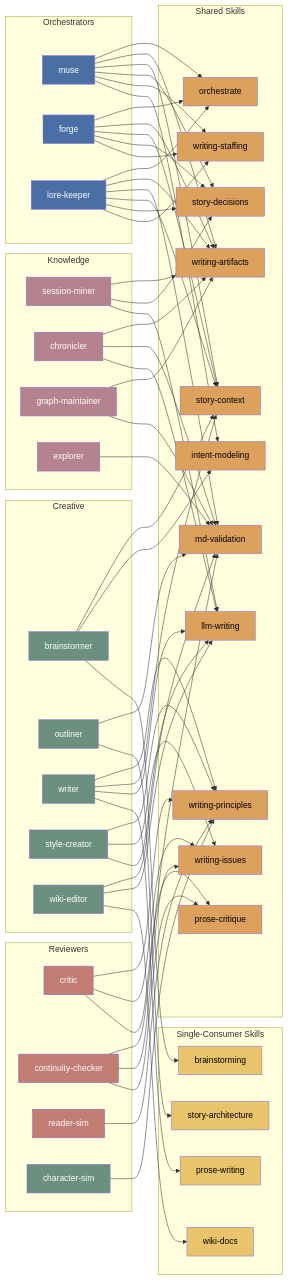
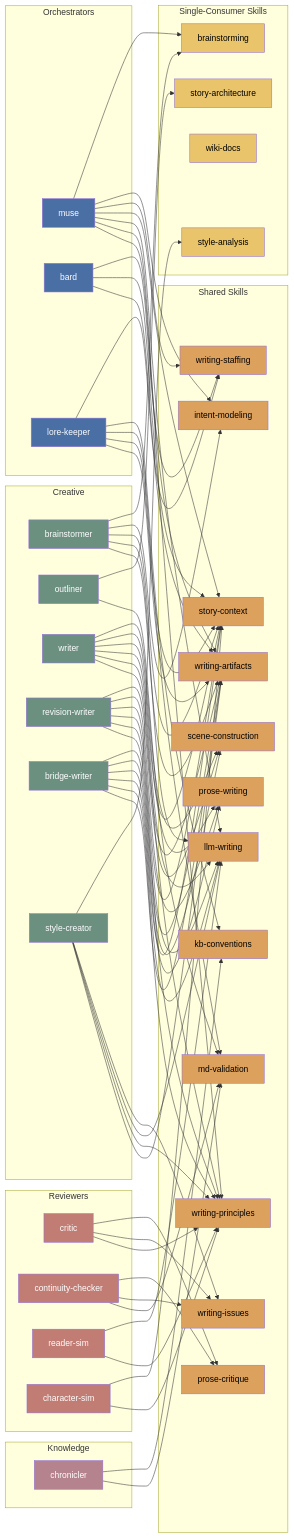
Before and after one commit to haowjy/creative-writing-skills: the second of 4 diagrams in docs/architecture.md, drawn with Mermaid. The commit also changed other lines of this file and 60 other files, not shown here.

First line of the commit message:
Claude Code plugin, architecture fixes, and installation docs

````diff
--- a/docs/architecture.md
+++ b/docs/architecture.md
@@ -46,7 +45,7 @@
 graph LR
     subgraph Orchestrators
         SO[muse]
-        DO[forge]
+        DO[bard]
         KO[lore-keeper]
     end
 
@@ -54,8 +53,9 @@
         BS[brainstormer]
         OL[outliner]
         WR[writer]
+        RW[revision-writer]
+        BW[bridge-writer]
         SC[style-creator]
-        WE[wiki-editor]
     end
 
     subgraph Reviewers
@@ -66,74 +66,89 @@
     end
 
     subgraph Knowledge
-        SM[session-miner]
         CH[chronicler]
-        GM[graph-maintainer]
-        EX[explorer]
     end
 
     subgraph "Shared Skills"
-        OR[orchestrate]
         WA[writing-artifacts]
         MV[md-validation]
         WP[writing-principles]
         SCtx[story-context]
-        SD[story-decisions]
         WS[writing-staffing]
         WI[writing-issues]
         PC[prose-critique]
         IM[intent-modeling]
         LW[llm-writing]
+        PW[prose-writing]
+        SCN[scene-construction]
+        KC[kb-conventions]
     end
 
     subgraph "Single-Consumer Skills"
         BRS[brainstorming]
         SA[story-architecture]
         WD[wiki-docs]
-        PW[prose-writing]
+        STYA[style-analysis]
     end
 
-    %% orchestrate — 3 orchestrators
-    SO --> OR
-    DO --> OR
-    KO --> OR
-
-    %% writing-artifacts — 6 agents
+    %% writing-artifacts — 8 agents
     SO --> WA
     DO --> WA
     KO --> WA
-    CH --> WA
-    GM --> WA
-    SM --> WA
+    BS --> WA
+    WR --> WA
+    RW --> WA
+    BW --> WA
+    SC --> WA
 
-    %% md-validation — 7 agents (from meridian-base)
-    KO --> MV
-    CH --> MV
-    CC --> MV
-    EX --> MV
-    GM --> MV
-    OL --> MV
-    WE --> MV
-
-    %% writing-principles — 5 agents
+    %% writing-principles — 7 agents
+    SO --> WP
     WR --> WP
+    RW --> WP
+    BW --> WP
     CR --> WP
     CS --> WP
     RS --> WP
     SC --> WP
 
-    %% story-context — 5 agents
+    %% llm-writing — 7 agents (from meridian-base)
+    SO --> LW
+    WR --> LW
+    RW --> LW
+    BW --> LW
+    BS --> LW
+    RS --> LW
+    SC --> LW
+
+    %% story-context — 8 agents
     SO --> SCtx
     DO --> SCtx
     KO --> SCtx
     BS --> SCtx
     WR --> SCtx
+    RW --> SCtx
+    BW --> SCtx
+    CS --> SCtx
 
-    %% story-decisions — 4 agents
-    SO --> SD
-    DO --> SD
-    KO --> SD
-    SM --> SD
+    %% prose-writing — 3 agents
+    WR --> PW
+    RW --> PW
+    BW --> PW
+
+    %% scene-construction — 3 agents
+    WR --> SCN
+    RW --> SCN
+    BW --> SCN
+
+    %% md-validation — 3 agents (from meridian-base)
+    KO --> MV
+    CH --> MV
+    OL --> MV
+    CC --> MV
+
+    %% kb-conventions — 2 agents (from meridian-base)
+    KO --> KC
+    CH --> KC
 
     %% writing-staffing — 3 orchestrators
     SO --> WS
@@ -153,18 +168,11 @@
     SO --> IM
     BS --> IM
 
-    %% llm-writing — 5 agents (from meridian-base)
-    WR --> LW
-    SC --> LW
-    WE --> LW
-    SM --> LW
-    CH --> LW
-
     %% single-consumer skills
     BS --> BRS
+    SO --> BRS
     OL --> SA
-    WE --> WD
-    WR --> PW
+    SC --> STYA
 
     classDef orch fill:#4a6fa5,color:#fff
     classDef creative fill:#6b9080,color:#fff
@@ -174,9 +182,9 @@
     classDef soloSkill fill:#e9c46a,color:#000
 
     class SO,DO,KO orch
-    class BS,OL,WR,SC,WE,CS creative
-    class CR,CC,RS review
-    class SM,CH,GM,EX knowledge
-    class OR,WA,MV,WP,SCtx,SD,WS,WI,PC,IM,LW sharedSkill
-    class BRS,SA,WD,PW soloSkill
+    class BS,OL,WR,RW,BW,SC creative
+    class CR,CC,RS,CS review
+    class CH knowledge
+    class WA,MV,WP,SCtx,WS,WI,PC,IM,LW,PW,SCN,KC sharedSkill
+    class BRS,SA,WD,STYA soloSkill
 ```
````
